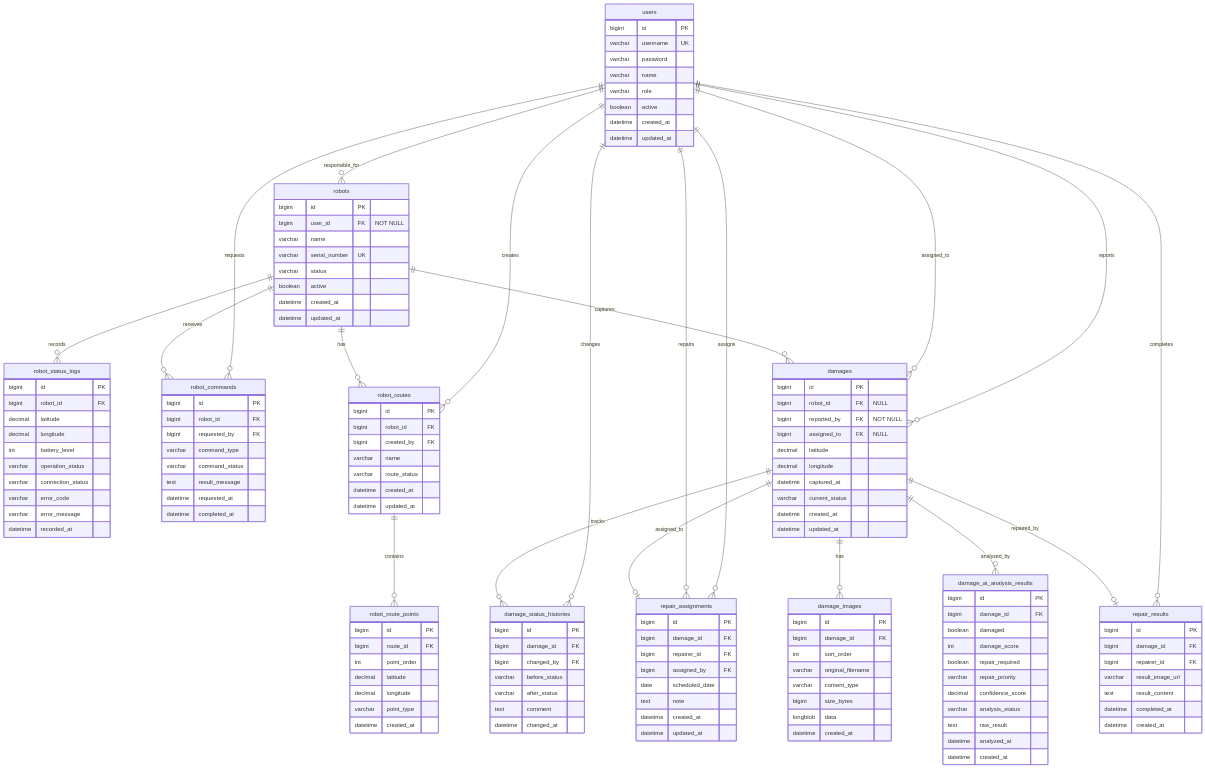
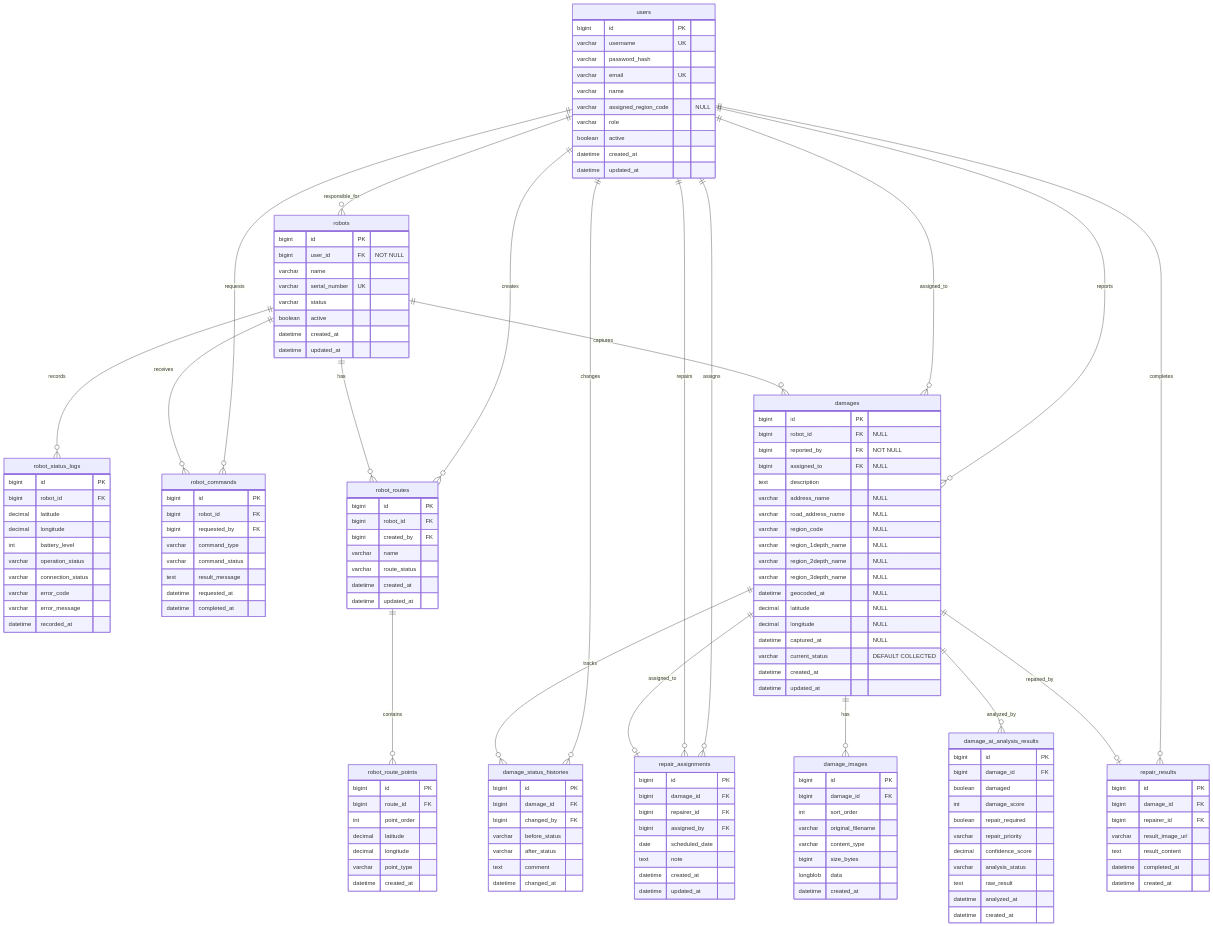
One commit to kky107102/Roady changed the diagram in Roady_BE/docs/erd.md. Above: the diagram before and after it, drawn with Mermaid. The commit also changed other lines of this file and 1 other file, not shown here.

Commit message:
docs: 지역코드 검색 API 명세와 ERD 반영

```diff
--- a/Roady_BE/docs/erd.md
+++ b/Roady_BE/docs/erd.md
@@ -49,8 +49,10 @@
     users {
         bigint id PK
         varchar username UK
-        varchar password
+        varchar password_hash
+        varchar email UK
         varchar name
+        varchar assigned_region_code "NULL"
         varchar role
         boolean active
         datetime created_at
@@ -117,10 +119,18 @@
         bigint robot_id FK "NULL"
         bigint reported_by FK "NOT NULL"
         bigint assigned_to FK "NULL"
-        decimal latitude
-        decimal longitude
-        datetime captured_at
-        varchar current_status
+        text description
+        varchar address_name "NULL"
+        varchar road_address_name "NULL"
+        varchar region_code "NULL"
+        varchar region_1depth_name "NULL"
+        varchar region_2depth_name "NULL"
+        varchar region_3depth_name "NULL"
+        datetime geocoded_at "NULL"
+        decimal latitude "NULL"
+        decimal longitude "NULL"
+        datetime captured_at "NULL"
+        varchar current_status "DEFAULT COLLECTED"
         datetime created_at
         datetime updated_at
     }
```
